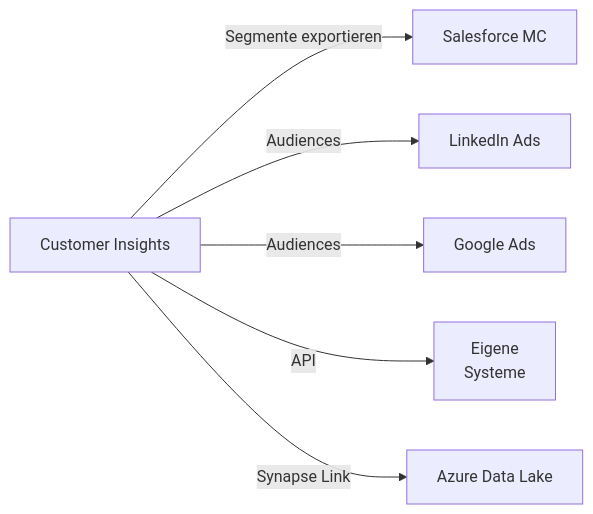
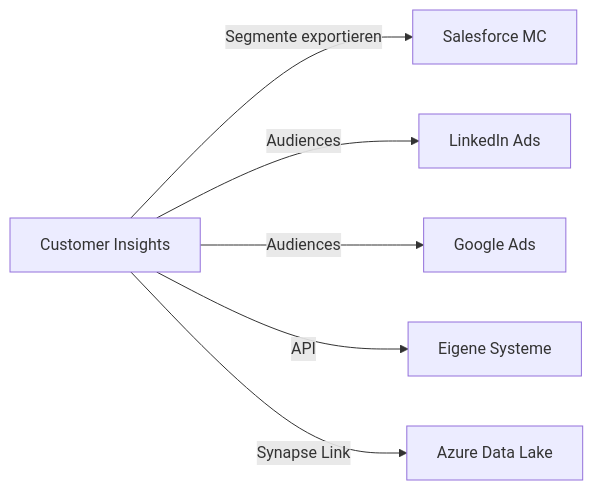
The fifth of 5 diagrams in Microsoft 365/Dynamics 365/Dynamics 365 Customer Insights.md (SoniiiT/notes-n-docs), drawn with Mermaid before and after one commit. The commit also changed other lines of this file and 124 other files, not shown here.

First line of the commit message:
fix: Entferne \n aus allen Mermaid-Diagrammen (125 Dateien)

````diff
--- a/Microsoft 365/Dynamics 365/Dynamics 365 Customer Insights.md
+++ b/Microsoft 365/Dynamics 365/Dynamics 365 Customer Insights.md
@@ -269,8 +269,8 @@
 ```mermaid
 graph LR
     CI[Customer Insights] -->|Segmente exportieren| SFMC[Salesforce MC]
     CI -->|Audiences| LI[LinkedIn Ads]
     CI -->|Audiences| GOOGLE[Google Ads]
-    CI -->|API| CUSTOM[Eigene\nSysteme]
+    CI -->|API| CUSTOM[Eigene Systeme]
     CI -->|Synapse Link| ADL[Azure Data Lake]
 ```
````
